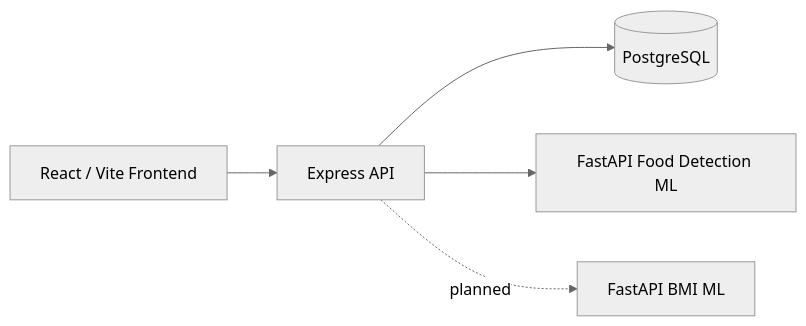
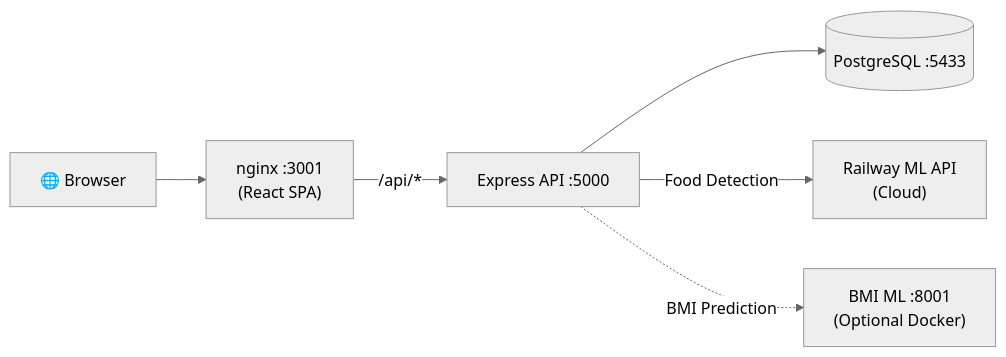
One commit to Raphcel/Habitscape changed the diagram in README.md. Above: the diagram before and after it, drawn with Mermaid (neutral theme). The commit also changed other lines of this file and 12 other files, not shown here.

````diff
--- a/README.md
+++ b/README.md
@@ -7,7 +7,9 @@
 ```mermaid
 flowchart LR
-  FE[React / Vite Frontend] --> BE[Express API]
-  BE --> DB[(PostgreSQL)]
-  BE --> FoodML[FastAPI Food Detection ML]
-  BE -. planned .-> BMIML[FastAPI BMI ML]
+  Browser["🌐 Browser"]
+  Browser --> Nginx["nginx :3001<br/>(React SPA)"]
+  Nginx -- "/api/*" --> BE["Express API :5000"]
+  BE --> DB[(PostgreSQL :5433)]
+  BE -- "Food Detection" --> Railway["Railway ML API<br/>(Cloud)"]
+  BE -. "BMI Prediction" .-> BMI["BMI ML :8001<br/>(Optional Docker)"]
 ```
````
